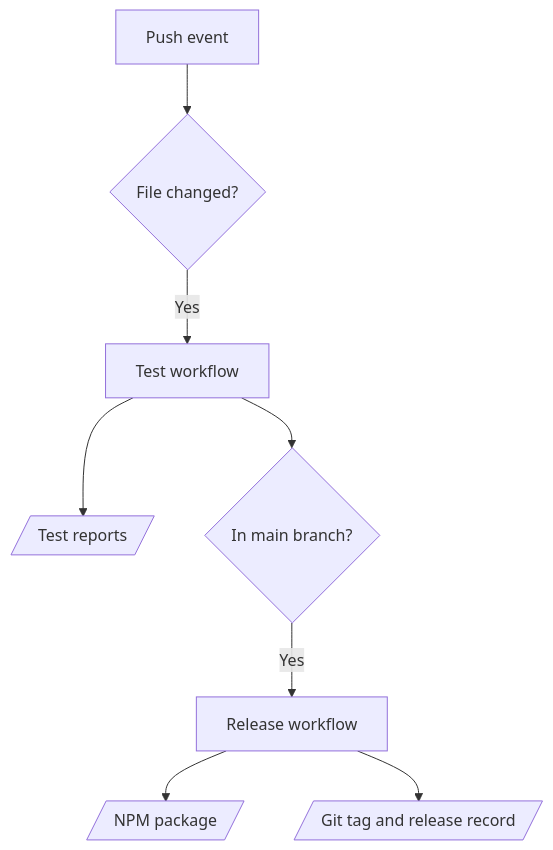
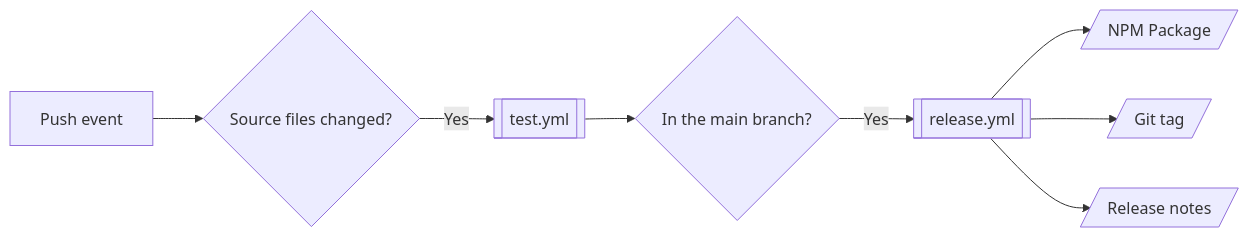
The diagram in CONTRIBUTING.md (SiegeSailor/Terminal-Sigma), drawn with Mermaid before and after one commit. The commit also changed other lines of this file, not shown here.

````diff
--- a/CONTRIBUTING.md
+++ b/CONTRIBUTING.md
@@ -36,10 +36,10 @@
 ```mermaid
-flowchart TB
-  A[Push event] --> J{File changed?}
-  J --> |Yes| B[Test workflow]
-  B --> D[/Test reports/]
-  B --> E{In main branch?}
-  E --> |Yes| F[Release workflow]
-  F --> H[/NPM package/]
-  F --> I[/Git tag and release record/]
+flowchart LR
+  A[Push event] --> J{Source files changed?}
+  J --> |Yes| B[[test.yml]]
+  B --> E{In the main branch?}
+  E --> |Yes| F[[release.yml]]
+  F --> H[/NPM Package/]
+  F --> I[/Git tag/]
+  F --> G[/Release notes/]
 ```
````
